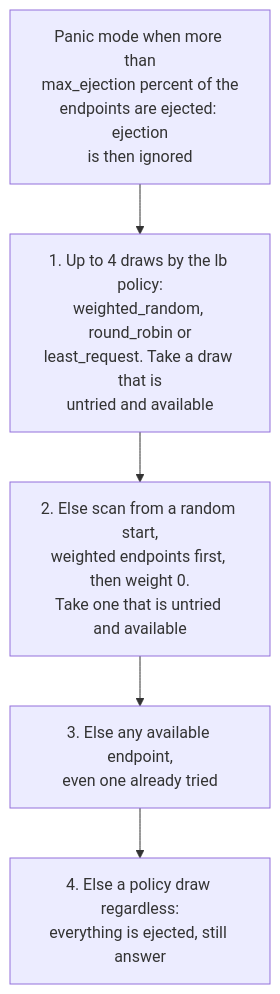
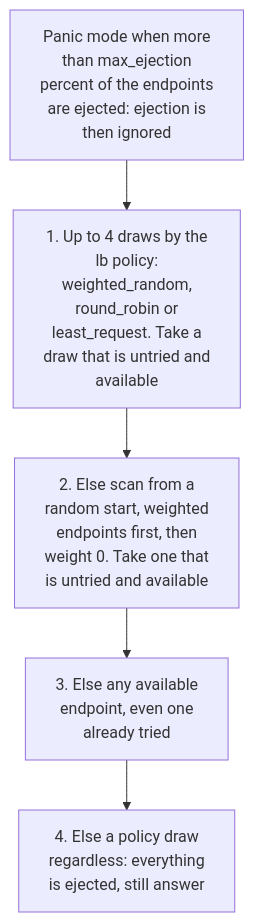
One commit to BlivionIaG/sjws_nettask changed the second of 3 diagrams in docs/ha/discovery.md. Above: the diagram before and after it, drawn with Mermaid. The commit also changed 8 other files, not shown here.

First line of the commit message:
docs: re-wrap long diagram labels so words do not orphan

````diff
--- a/docs/ha/discovery.md
+++ b/docs/ha/discovery.md
@@ -69,9 +69,9 @@
 ```mermaid
 flowchart TD
-    p0["Panic mode when more than<br/>max_ejection percent of the<br/>endpoints are ejected: ejection<br/>is then ignored"]
-    p1["1. Up to 4 draws by the lb policy:<br/>weighted_random, round_robin or<br/>least_request. Take a draw that is<br/>untried and available"]
-    p2["2. Else scan from a random start,<br/>weighted endpoints first, then weight 0.<br/>Take one that is untried and available"]
-    p3["3. Else any available endpoint,<br/>even one already tried"]
-    p4["4. Else a policy draw regardless:<br/>everything is ejected, still answer"]
+    p0["Panic mode when more<br/>than max_ejection<br/>percent of the endpoints<br/>are ejected: ejection is<br/>then ignored"]
+    p1["1. Up to 4 draws by the<br/>lb policy:<br/>weighted_random,<br/>round_robin or<br/>least_request. Take a<br/>draw that is untried and<br/>available"]
+    p2["2. Else scan from a<br/>random start, weighted<br/>endpoints first, then<br/>weight 0. Take one that<br/>is untried and available"]
+    p3["3. Else any available<br/>endpoint, even one<br/>already tried"]
+    p4["4. Else a policy draw<br/>regardless: everything<br/>is ejected, still answer"]
     p0 --> p1 --> p2 --> p3 --> p4
 ```
````
